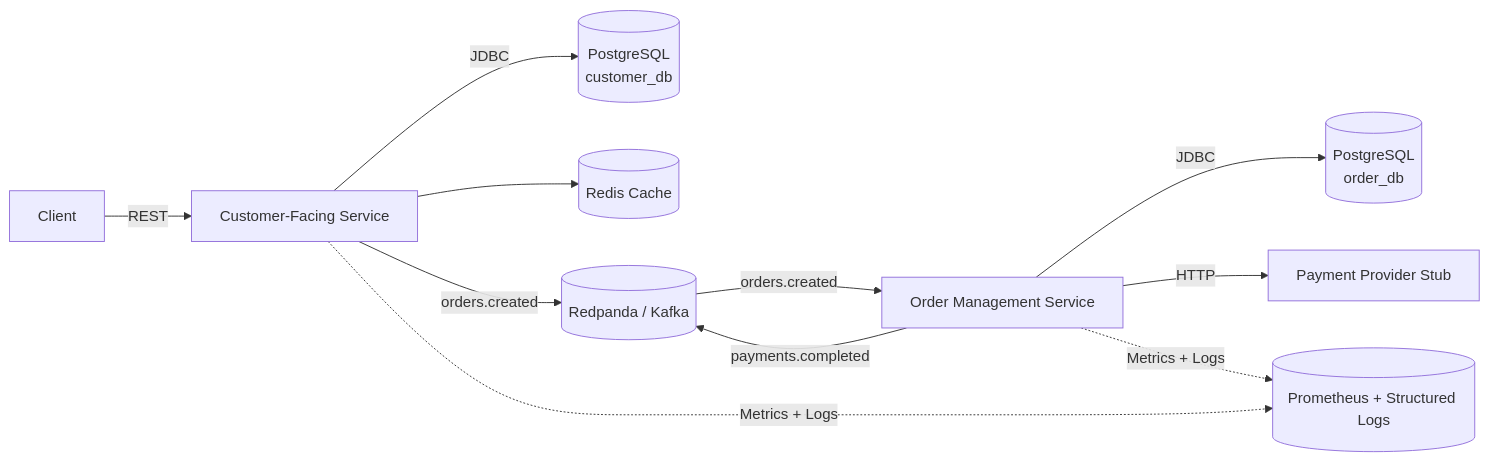
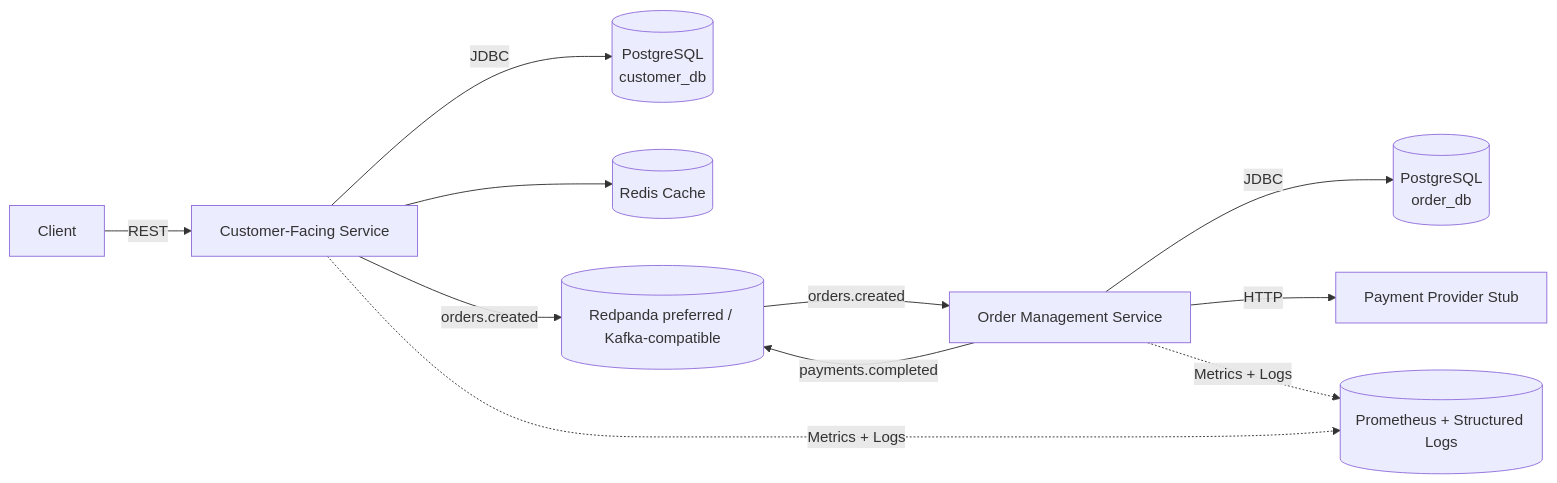
One commit to tazabreu/sample-ecommerce-platform changed the diagram in README.md. Above: the diagram before and after it, drawn with Mermaid. The commit also changed other lines of this file and 15 other files, not shown here.

````diff
--- a/README.md
+++ b/README.md
@@ -13,13 +13,13 @@
 ```mermaid
 flowchart LR
     Browser[Client] -->|REST| CustomerService[Customer-Facing Service]
     CustomerService -->|JDBC| CustomerDB[(PostgreSQL<br/>customer_db)]
     CustomerService --> Redis[(Redis Cache)]
-    CustomerService -->|orders.created| Kafka[(Redpanda / Kafka)]
+    CustomerService -->|orders.created| Kafka[(Redpanda preferred / Kafka-compatible)]
     Kafka -->|orders.created| OrderService[Order Management Service]
     OrderService -->|JDBC| OrderDB[(PostgreSQL<br/>order_db)]
     OrderService -->|payments.completed| Kafka
     OrderService -->|HTTP| PaymentGateway[Payment Provider Stub]
     CustomerService -.->|Metrics + Logs| Observability[(Prometheus + Structured Logs)]
     OrderService -.->|Metrics + Logs| Observability
 ```
````
